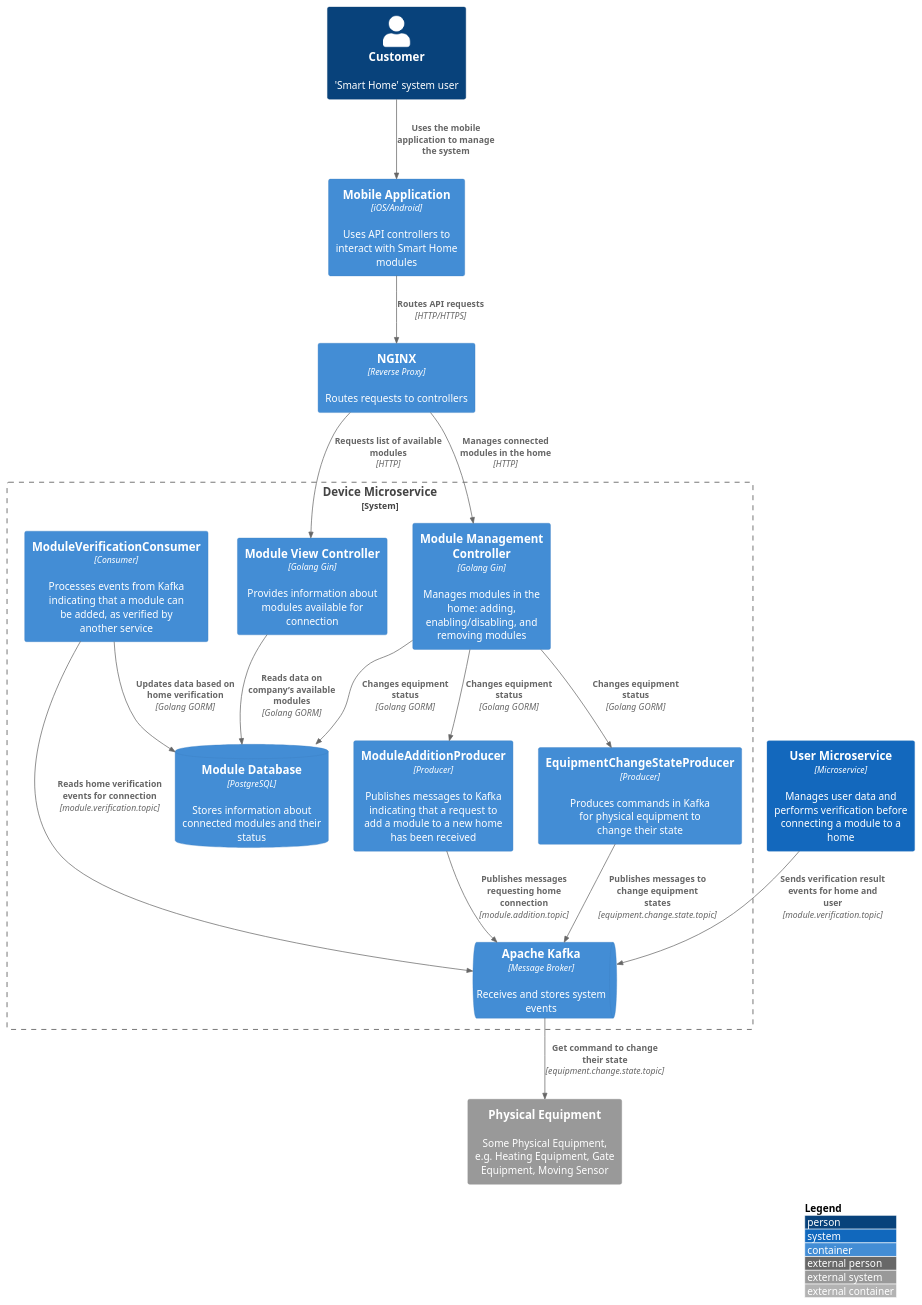
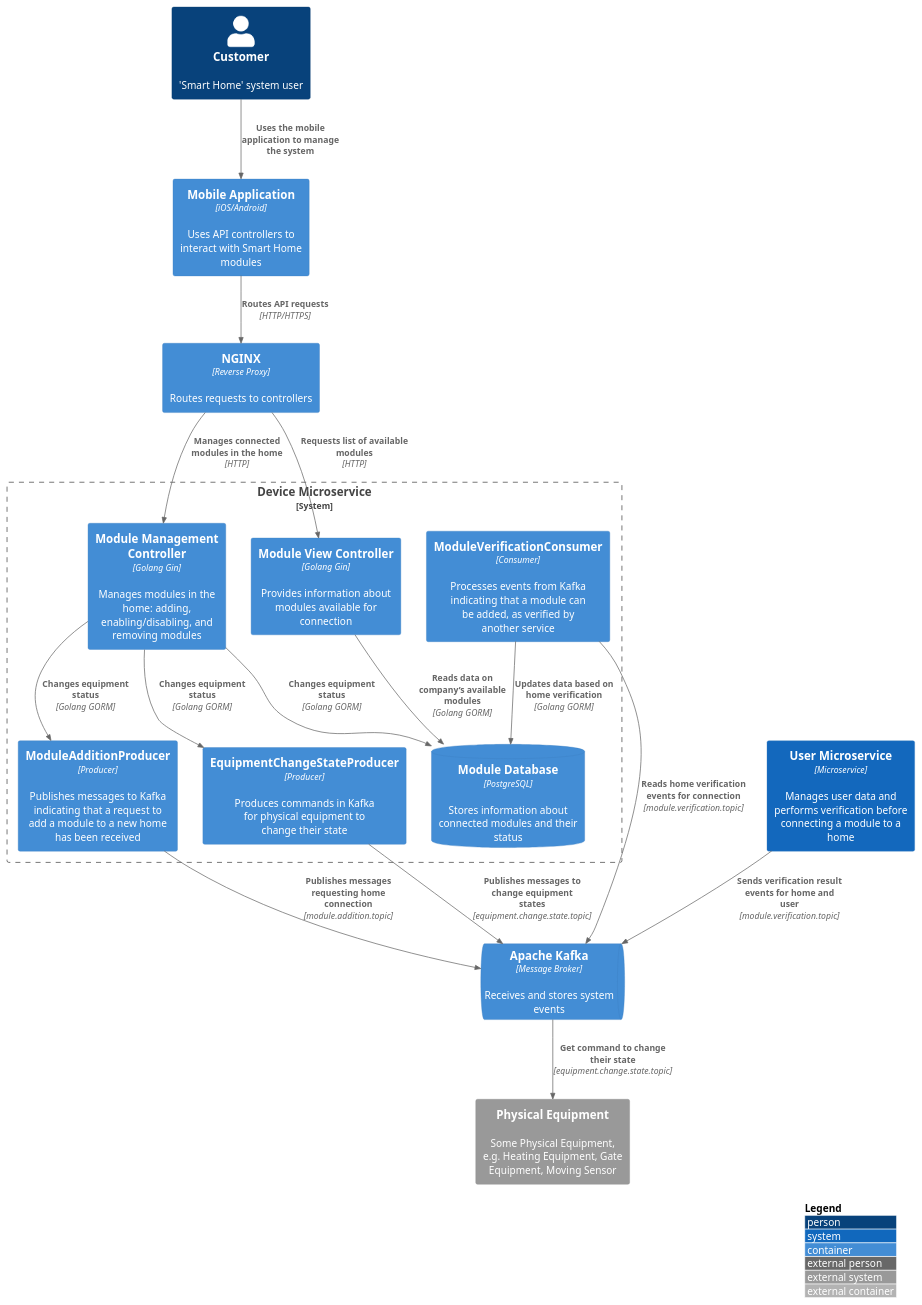
Before and after one commit to baydinvladislav/architecture-sprint-3: the diagram in device-service/Component_CleverVillageSystem_DeviceService.puml, drawn with PlantUML. The commit also changed 1 other file, not shown here.

Commit message:
kafka outside from microservice on component diagram

```diff
--- a/device-service/Component_CleverVillageSystem_DeviceService.puml
+++ b/device-service/Component_CleverVillageSystem_DeviceService.puml
@@ -1,45 +1,45 @@
 @startuml
 !include <C4/C4_Container>
 
 LAYOUT_WITH_LEGEND()
 
 Person(user, "Customer", "'Smart Home' system user")
 
 Container(app_client, "Mobile Application", "iOS/Android", "Uses API controllers to interact with Smart Home modules")
 Container(nginx, "NGINX", "Reverse Proxy", "Routes requests to controllers")
 Container(internal_system, "User Microservice", "Microservice", "Manages user data and performs verification before connecting a module to a home") #1368bd
 
+ContainerQueue(kafka_broker, "Apache Kafka", "Message Broker", "Receives and stores system events")
 System_Ext(system, "Physical Equipment", "Some Physical Equipment, e.g. Heating Equipment, Gate Equipment, Moving Sensor")
 
 System_Boundary(b_system, "Device Microservice") {
     Container(controller_modules_view, "Module View Controller", "Golang Gin", "Provides information about modules available for connection")
     Container(controller_module_management, "Module Management Controller", "Golang Gin", "Manages modules in the home: adding, enabling/disabling, and removing modules")
 
     Container(new_module_publisher, "ModuleAdditionProducer", "Producer", "Publishes messages to Kafka indicating that a request to add a module to a new home has been received")
     Container(state_equipment_publisher, "EquipmentChangeStateProducer", "Producer", "Produces commands in Kafka for physical equipment to change their state")
     Container(module_verification_consumer, "ModuleVerificationConsumer", "Consumer", "Processes events from Kafka indicating that a module can be added, as verified by another service")
 
     ContainerDb(modules_db, "Module Database", "PostgreSQL", "Stores information about connected modules and their status")
-    ContainerQueue(kafka_broker, "Apache Kafka", "Message Broker", "Receives and stores system events")
 }
 
 Rel(nginx, controller_modules_view, "Requests list of available modules", "HTTP")
 Rel(nginx, controller_module_management, "Manages connected modules in the home", "HTTP")
 
 Rel(user, app_client, "Uses the mobile application to manage the system")
 Rel(app_client, nginx, "Routes API requests", "HTTP/HTTPS")
 Rel(controller_modules_view, modules_db, "Reads data on company’s available modules", "Golang GORM")
 
 Rel(controller_module_management, modules_db, "Changes equipment status", "Golang GORM")
 Rel(controller_module_management, new_module_publisher, "Changes equipment status", "Golang GORM")
 Rel(controller_module_management, state_equipment_publisher, "Changes equipment status", "Golang GORM")
 
 Rel(internal_system, kafka_broker, "Sends verification result events for home and user", "module.verification.topic")
 Rel(new_module_publisher, kafka_broker, "Publishes messages requesting home connection", "module.addition.topic")
 Rel(state_equipment_publisher, kafka_broker, "Publishes messages to change equipment states", "equipment.change.state.topic")
 Rel(kafka_broker, system, "Get command to change their state", "equipment.change.state.topic")
 
 Rel(module_verification_consumer, kafka_broker, "Reads home verification events for connection", "module.verification.topic")
 Rel(module_verification_consumer, modules_db, "Updates data based on home verification", "Golang GORM")
 
 @enduml
```
